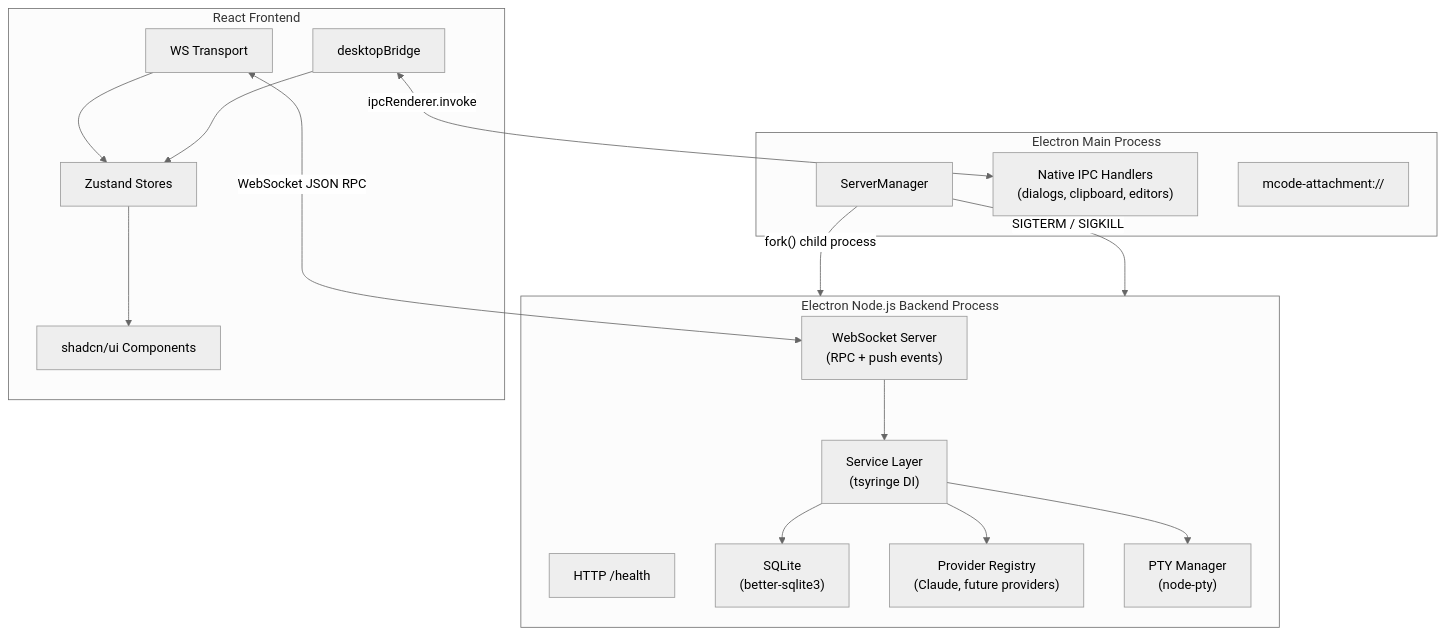
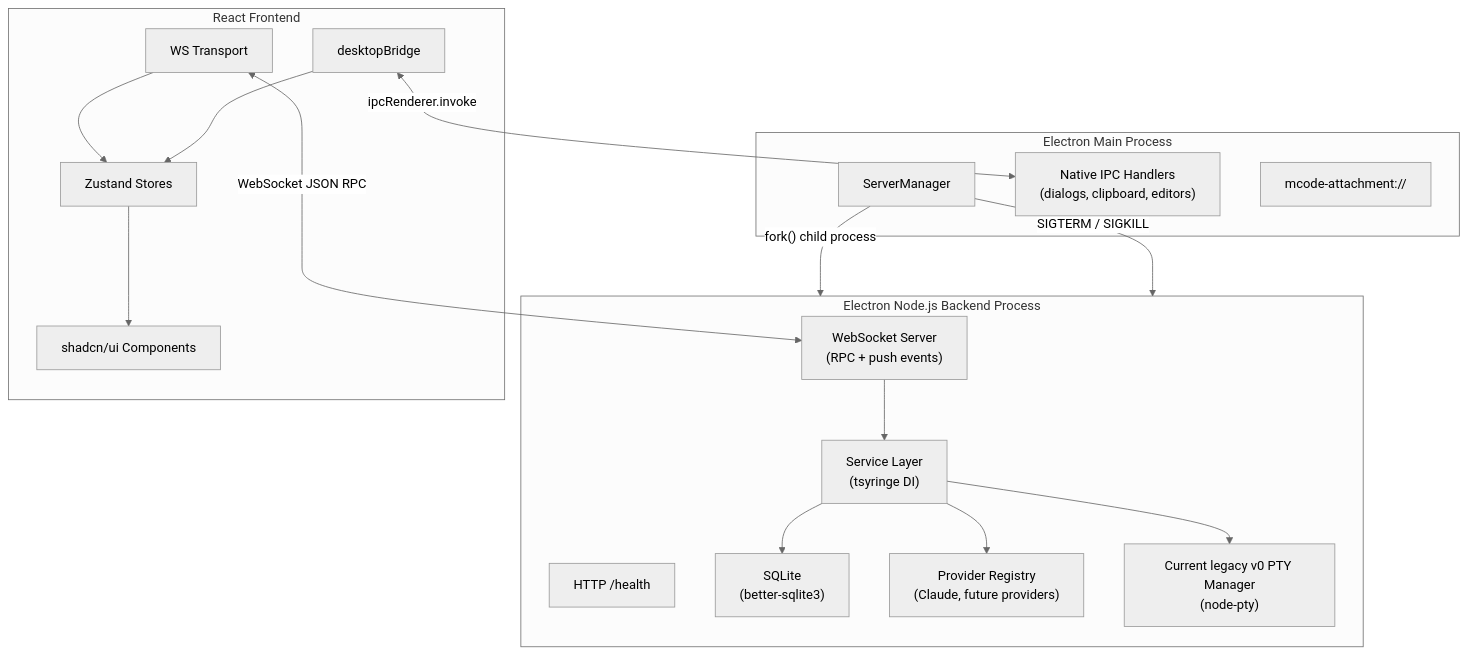
Before and after one commit to Mzeey-Emipre/mcode: the first of 6 diagrams in ARCHITECTURE.md, drawn with Mermaid (neutral theme). The commit also changed other lines of this file and 7 other files, not shown here.

````diff
--- a/ARCHITECTURE.md
+++ b/ARCHITECTURE.md
@@ -171,38 +171,38 @@
 ```mermaid
 graph TB
     subgraph Desktop["Electron Main Process"]
         SM["ServerManager"]
         IPC["Native IPC Handlers<br/>(dialogs, clipboard, editors)"]
         Proto["mcode-attachment://"]
     end
 
     subgraph Server["Electron Node.js Backend Process"]
         WS["WebSocket Server<br/>(RPC + push events)"]
         HTTP["HTTP /health"]
         Services["Service Layer<br/>(tsyringe DI)"]
         DB["SQLite<br/>(better-sqlite3)"]
         Providers["Provider Registry<br/>(Claude, future providers)"]
-        PTY["PTY Manager<br/>(node-pty)"]
+        PTY["Current legacy v0 PTY Manager<br/>(node-pty)"]
 
         WS --> Services
         Services --> DB
         Services --> Providers
         Services --> PTY
     end
 
     subgraph Renderer["React Frontend"]
         Transport["WS Transport"]
         Bridge["desktopBridge"]
         Stores["Zustand Stores"]
         UI["shadcn/ui Components"]
 
         Transport --> Stores
         Bridge --> Stores
         Stores --> UI
     end
 
     SM -->|"fork() child process"| Server
     Transport <-->|"WebSocket JSON RPC"| WS
     Bridge <-->|"ipcRenderer.invoke"| IPC
     SM -->|"SIGTERM / SIGKILL"| Server
 ```
````
